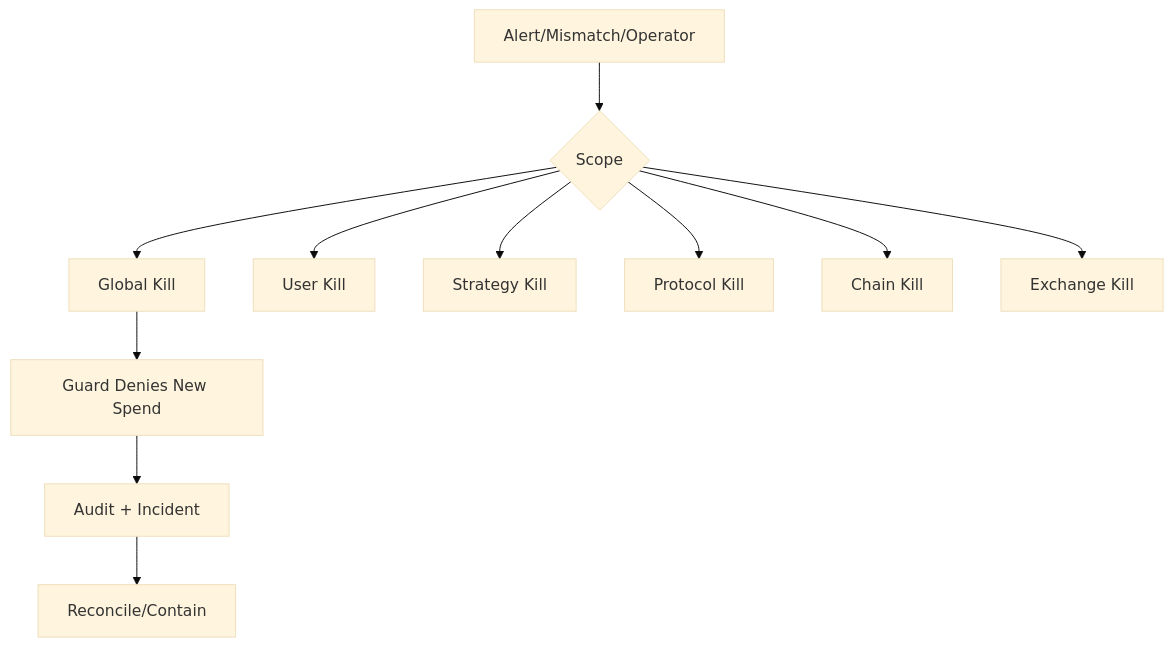
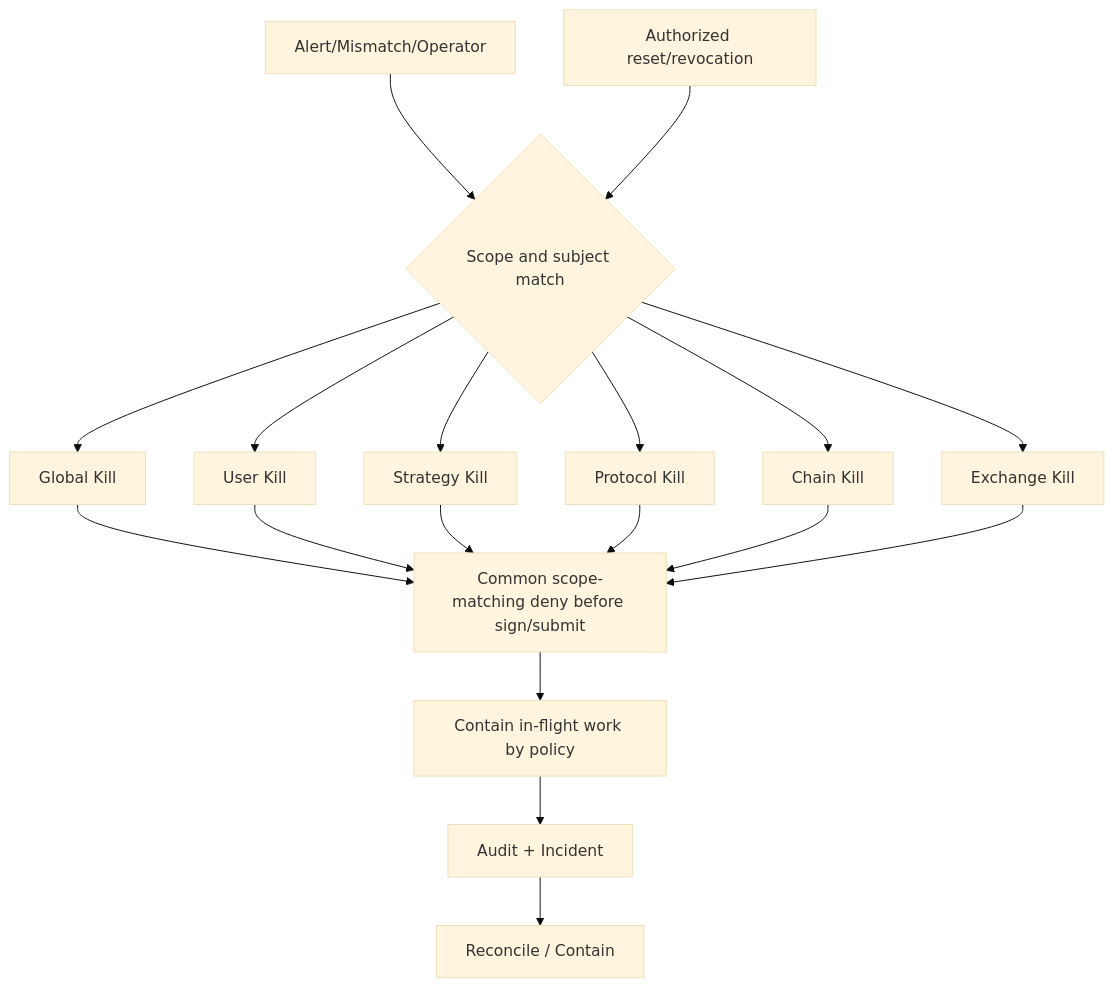
Before and after one commit to stoltembergg-png/crypto-automation-platform: the diagram in docs/architecture/diagrams/EMERGENCY_SHUTDOWN.mmd, drawn with Mermaid (base theme). The commit also changed 32 other files, not shown here.

First line of the commit message:
docs: apply adversarial closure amendments to specs, diagrams, queue, and tests

```diff
--- a/docs/architecture/diagrams/EMERGENCY_SHUTDOWN.mmd
+++ b/docs/architecture/diagrams/EMERGENCY_SHUTDOWN.mmd
@@ -1,11 +1,18 @@
 flowchart TB
-  ALERT[Alert/Mismatch/Operator]-->SCOPE{Scope}
+  ALERT[Alert/Mismatch/Operator]-->SCOPE{Scope and subject match}
   SCOPE-->G[Global Kill]
   SCOPE-->U[User Kill]
   SCOPE-->ST[Strategy Kill]
   SCOPE-->PR[Protocol Kill]
   SCOPE-->CH[Chain Kill]
   SCOPE-->EX[Exchange Kill]
-  G-->DENY[Guard Denies New Spend]
-  DENY-->AUD[Audit + Incident]
-  AUD-->REC[Reconcile/Contain]
+  G-->DENY[Common scope-matching deny before sign/submit]
+  U-->DENY
+  ST-->DENY
+  PR-->DENY
+  CH-->DENY
+  EX-->DENY
+  DENY-->IF[Contain in-flight work by policy]
+  IF-->AUD[Audit + Incident]
+  AUD-->REC[Reconcile / Contain]
+  RESET[Authorized reset/revocation]-->SCOPE
```
